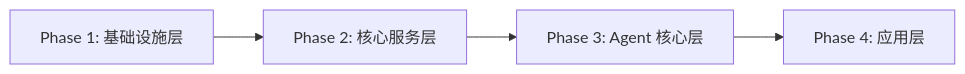
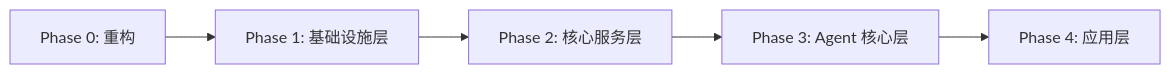
The first of 2 diagrams in doc.ai/plans/Index.md (mbzcnet/NanoBot.Net), drawn with Mermaid before and after one commit. The commit also changed other lines of this file and 84 other files, not shown here.

````diff
--- a/doc.ai/plans/Index.md
+++ b/doc.ai/plans/Index.md
@@ -26,6 +41,7 @@
 ```mermaid
 graph LR
-    P1[Phase 1: 基础设施层] --> P2[Phase 2: 核心服务层]
+    P0[Phase 0: 重构] --> P1[Phase 1: 基础设施层]
+    P1 --> P2[Phase 2: 核心服务层]
     P2 --> P3[Phase 3: Agent 核心层]
     P3 --> P4[Phase 4: 应用层]
 ```
````
